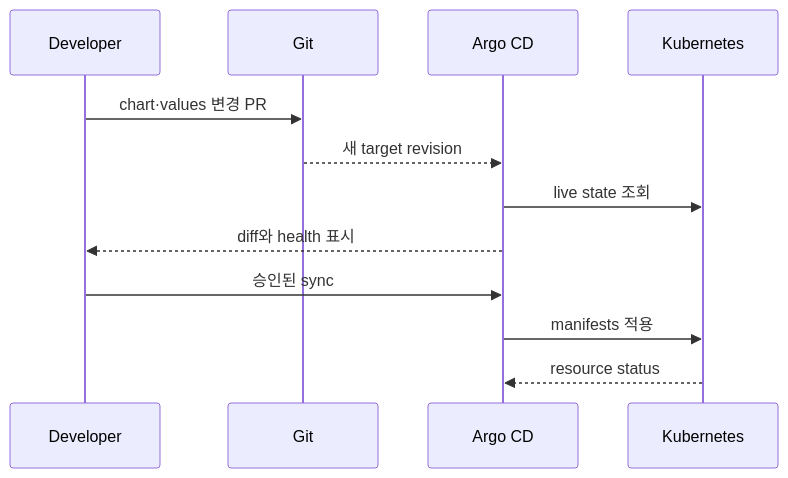
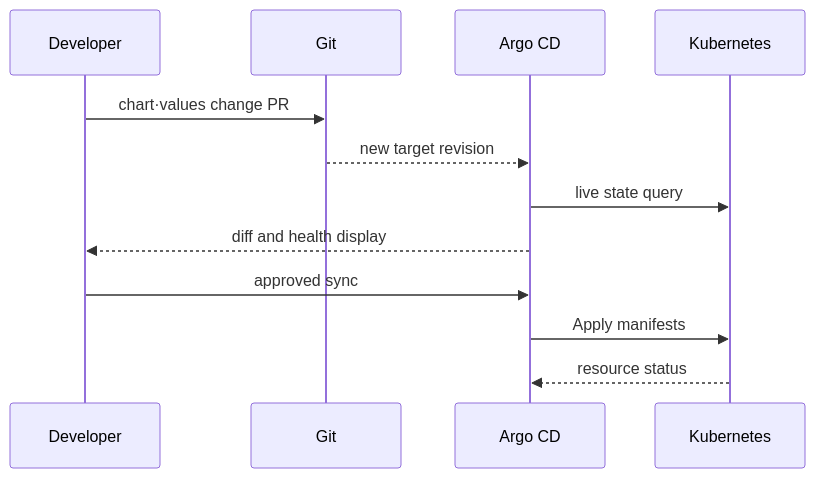
Before and after one commit to nohdol97/nohdol-study: the diagram in docs-site/content/helm-gitops/01-chart-release-gitops-model.md, drawn with Mermaid. The commit also changed other lines of this file and 116 other files, not shown here.

````diff
--- a/docs-site/content/helm-gitops/01-chart-release-gitops-model.md
+++ b/docs-site/content/helm-gitops/01-chart-release-gitops-model.md
@@ -101,14 +101,14 @@
 ```mermaid
 sequenceDiagram
     participant D as Developer
     participant G as Git
     participant A as Argo CD
     participant K as Kubernetes
-    D->>G: chart·values 변경 PR
-    G-->>A: 새 target revision
-    A->>K: live state 조회
-    A-->>D: diff와 health 표시
-    D->>A: 승인된 sync
-    A->>K: manifests 적용
+    D->>G: chart·values ​​change PR
+    G-->>A: new target revision
+    A->>K: live state query
+    A-->>D: diff and health display
+    D->>A: approved sync
+    A->>K: Apply manifests
     K-->>A: resource status
 ```
````
